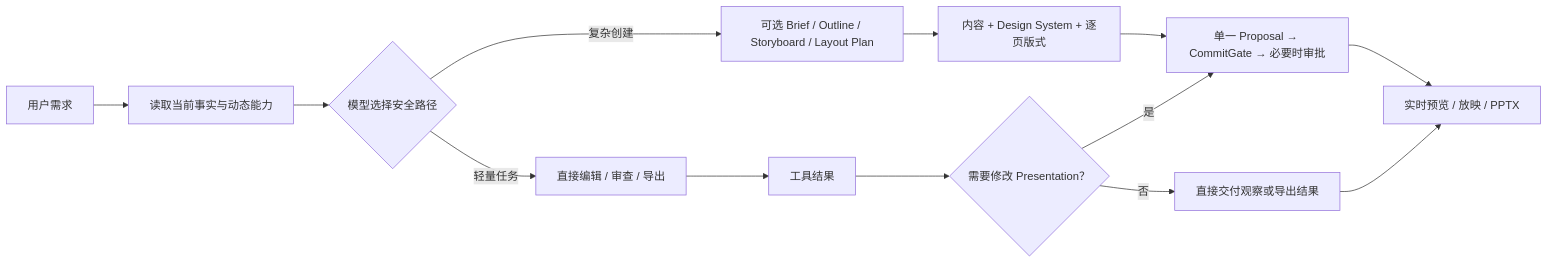
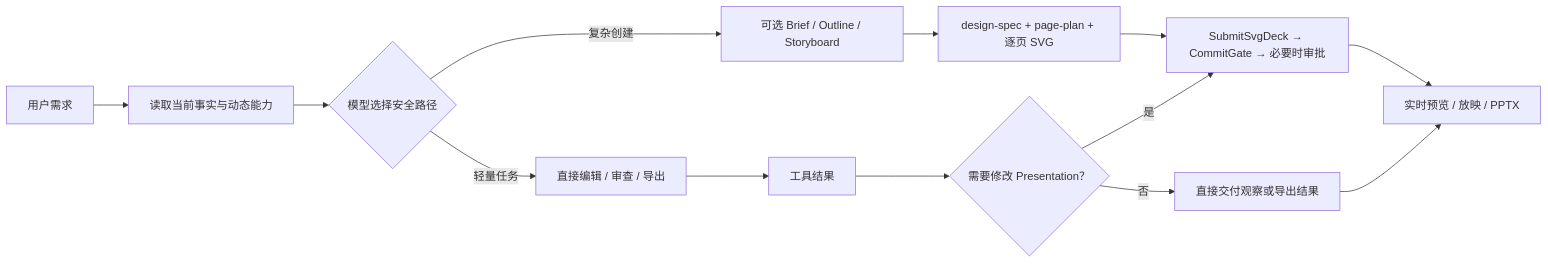
The first of 2 diagrams in README.md (putl-dream/ppt), drawn with Mermaid before and after one commit. The commit also changed other lines of this file and 49 other files, not shown here.

````diff
--- a/README.md
+++ b/README.md
@@ -67,15 +67,15 @@
 ```mermaid
 flowchart LR
   A["用户需求"] --> B["读取当前事实与动态能力"]
   B --> C{"模型选择安全路径"}
-  C -->|复杂创建| D["可选 Brief / Outline / Storyboard / Layout Plan"]
+  C -->|复杂创建| D["可选 Brief / Outline / Storyboard"]
   C -->|轻量任务| E["直接编辑 / 审查 / 导出"]
-  D --> F["内容 + Design System + 逐页版式"]
+  D --> F["design-spec + page-plan + 逐页 SVG"]
   E --> G["工具结果"]
-  F --> I["单一 Proposal → CommitGate → 必要时审批"]
+  F --> I["SubmitSvgDeck → CommitGate → 必要时审批"]
   G --> H{"需要修改 Presentation？"}
   H -->|是| I
   H -->|否| J["直接交付观察或导出结果"]
   I --> K["实时预览 / 放映 / PPTX"]
   J --> K
 ```
````
